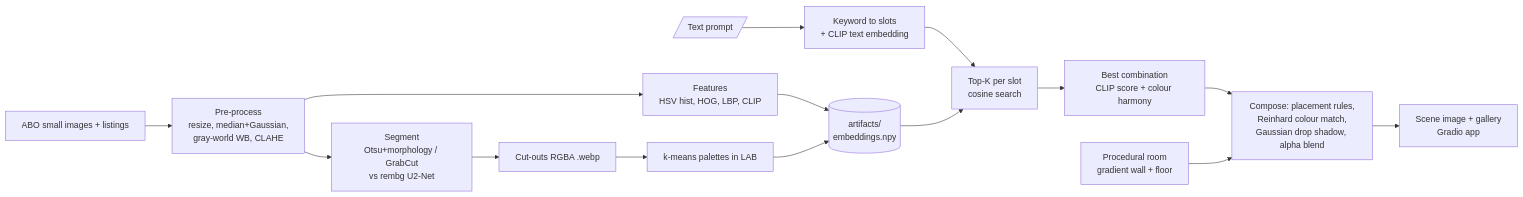
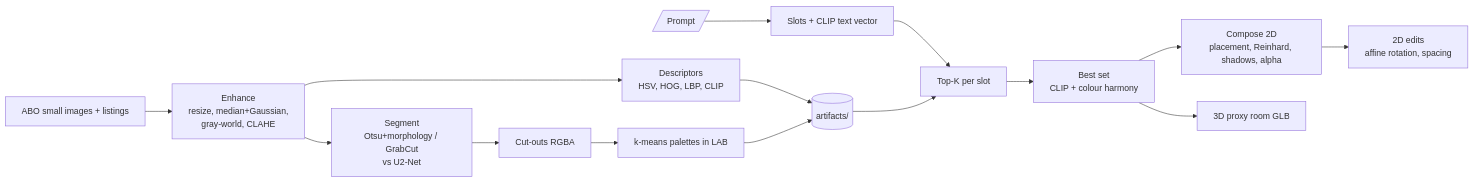
Before and after one commit to Adityarya11/dip-scene-builder: the diagram in README.md, drawn with Mermaid. The commit also changed other lines of this file and 7 other files, not shown here.

First line of the commit message:
2D geometric edits (affine rotation, horizontal spacing) with live transformation view; one-command demo; course-first README; verification pack

````diff
--- a/README.md
+++ b/README.md
@@ -26,17 +116,17 @@
 ```mermaid
 flowchart LR
-    A[ABO small images + listings] --> B[Pre-process<br/>resize, median+Gaussian,<br/>gray-world WB, CLAHE]
-    B --> C[Segment<br/>Otsu+morphology / GrabCut<br/>vs rembg U2-Net]
-    C --> D[Cut-outs RGBA .webp]
-    B --> E[Features<br/>HSV hist, HOG, LBP, CLIP]
+    A[ABO small images + listings] --> B[Enhance<br/>resize, median+Gaussian,<br/>gray-world, CLAHE]
+    B --> C[Segment<br/>Otsu+morphology / GrabCut<br/>vs U2-Net]
+    C --> D[Cut-outs RGBA]
+    B --> E[Descriptors<br/>HSV, HOG, LBP, CLIP]
     D --> F[k-means palettes in LAB]
-    E --> G[(artifacts/<br/>embeddings.npy)]
+    E --> G[(artifacts/)]
     F --> G
-    P[/Text prompt/] --> H[Keyword to slots<br/>+ CLIP text embedding]
-    H --> I[Top-K per slot<br/>cosine search]
+    P[/Prompt/] --> H[Slots + CLIP text vector]
+    H --> I[Top-K per slot]
     G --> I
-    I --> J[Best combination<br/>CLIP score + colour harmony]
-    J --> K[Compose: placement rules,<br/>Reinhard colour match,<br/>Gaussian drop shadow, alpha blend]
-    R[Procedural room<br/>gradient wall + floor] --> K
-    K --> L[Scene image + gallery<br/>Gradio app]
+    I --> J[Best set<br/>CLIP + colour harmony]
+    J --> K[Compose 2D<br/>placement, Reinhard, shadows, alpha]
+    K --> M[2D edits<br/>affine rotation, spacing]
+    J --> N[3D proxy room GLB]
 ```
````
